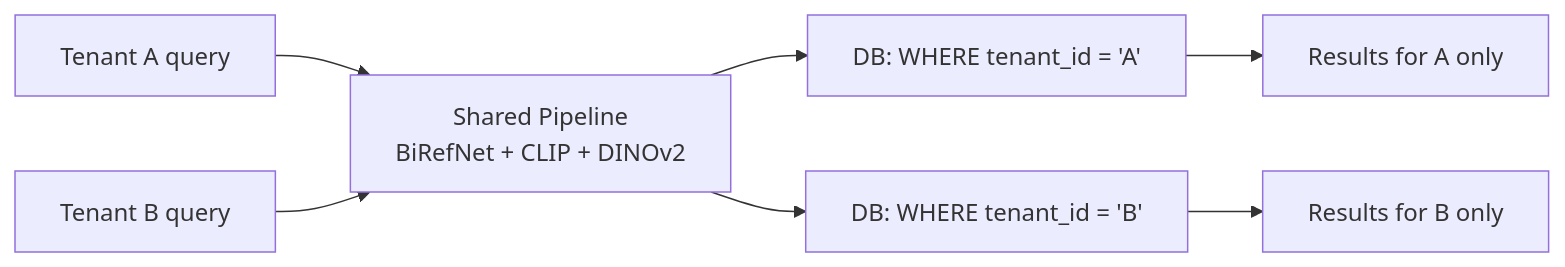
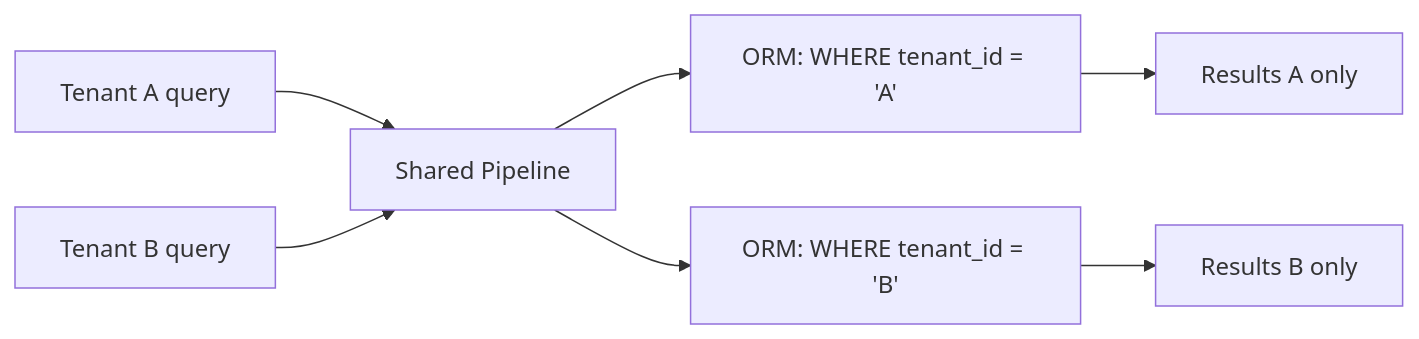
The second of 2 diagrams in docs/SEARCH_ARCHITECTURE.md (KuldeepYadav-22/Jewelry-Search-Prod-), drawn with Mermaid before and after one commit. The commit also changed other lines of this file and 2 other files, not shown here.

````diff
--- a/docs/SEARCH_ARCHITECTURE.md
+++ b/docs/SEARCH_ARCHITECTURE.md
@@ -301,9 +240,9 @@
 ```mermaid
 flowchart LR
-    A[Tenant A query] --> P[Shared Pipeline<br/>BiRefNet + CLIP + DINOv2]
+    A[Tenant A query] --> P[Shared Pipeline]
     B[Tenant B query] --> P
-    P --> DA["DB: WHERE tenant_id = 'A'"]
-    P --> DB_["DB: WHERE tenant_id = 'B'"]
-    DA --> RA[Results for A only]
-    DB_ --> RB[Results for B only]
+    P --> DA["ORM: WHERE tenant_id = 'A'"]
+    P --> DB_["ORM: WHERE tenant_id = 'B'"]
+    DA --> RA[Results A only]
+    DB_ --> RB[Results B only]
 ```
````
